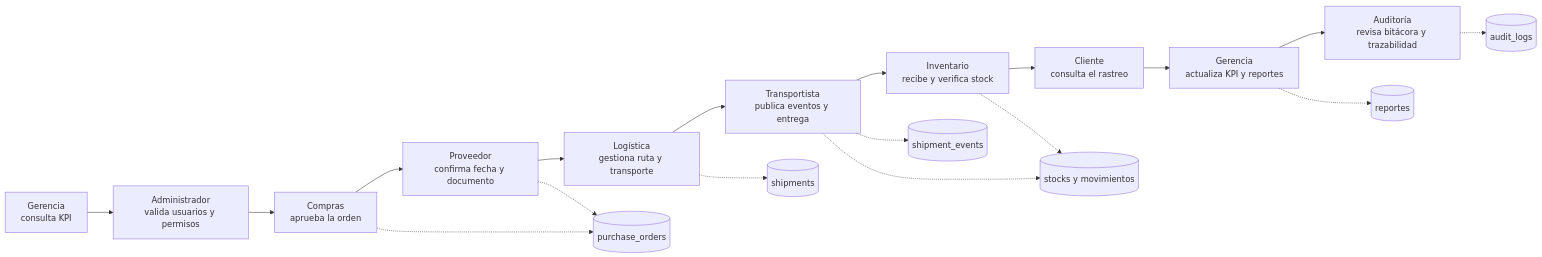
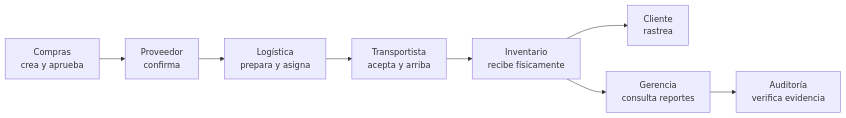
The diagram in docs/GUIA_PRESENTACION_DEMO.md (rolandobryanmunozante/scm-global), drawn with Mermaid before and after one commit. The commit also changed other lines of this file and 24 other files, not shown here.

````diff
--- a/docs/GUIA_PRESENTACION_DEMO.md
+++ b/docs/GUIA_PRESENTACION_DEMO.md
@@ -67,21 +114,10 @@
 ```mermaid
 flowchart LR
-    GER["Gerencia<br/>consulta KPI"] --> ADM["Administrador<br/>valida usuarios y permisos"]
-    ADM --> COM["Compras<br/>aprueba la orden"]
-    COM --> PRO["Proveedor<br/>confirma fecha y documento"]
-    PRO --> LOG["Logística<br/>gestiona ruta y transporte"]
-    LOG --> TRA["Transportista<br/>publica eventos y entrega"]
-    TRA --> INV["Inventario<br/>recibe y verifica stock"]
-    INV --> CLI["Cliente<br/>consulta el rastreo"]
-    CLI --> GER2["Gerencia<br/>actualiza KPI y reportes"]
-    GER2 --> AUD["Auditoría<br/>revisa bitácora y trazabilidad"]
-
-    COM -.-> PO[("purchase_orders")]
-    PRO -.-> PO
-    LOG -.-> SH[("shipments")]
-    TRA -.-> EV[("shipment_events")]
-    TRA -.-> ST[("stocks y movimientos")]
-    INV -.-> ST
-    GER2 -.-> RP[("reportes")]
-    AUD -.-> AU[("audit_logs")]
+    COM["Compras<br/>crea y aprueba"] --> PRO["Proveedor<br/>confirma"]
+    PRO --> LOG["Logística<br/>prepara y asigna"]
+    LOG --> TRA["Transportista<br/>acepta y arriba"]
+    TRA --> INV["Inventario<br/>recibe físicamente"]
+    INV --> CLI["Cliente<br/>rastrea"]
+    INV --> GER["Gerencia<br/>consulta reportes"]
+    GER --> AUD["Auditoría<br/>verifica evidencia"]
 ```
````
